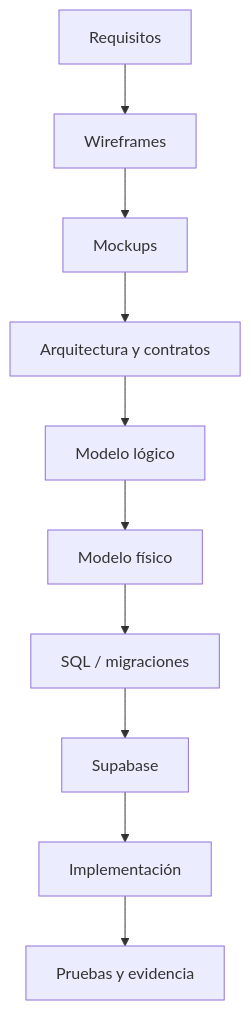
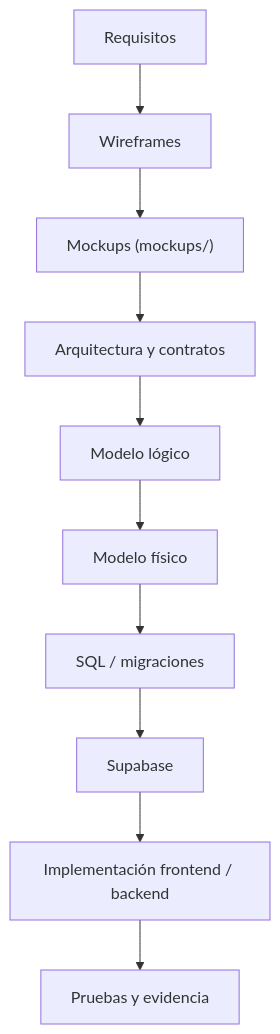
One commit to Taller-SW-Web/G6-Productos-Ofertas-docs changed the sixth of 6 diagrams in README.md. Above: the diagram before and after it, drawn with Mermaid. The commit also changed other lines of this file and 2 other files, not shown here.

Commit message:
docs(mockups): saneamiento documental final de README raiz, coherencia UXD y refinamiento terminologico

````diff
--- a/README.md
+++ b/README.md
@@ -392,12 +401,12 @@
 ```mermaid
 flowchart TD
     A["Requisitos"] --> B["Wireframes"]
-    B --> C["Mockups"]
+    B --> C["Mockups (mockups/)"]
     C --> D["Arquitectura y contratos"]
     D --> E["Modelo lógico"]
     E --> F["Modelo físico"]
     F --> G["SQL / migraciones"]
     G --> H["Supabase"]
-    H --> I["Implementación"]
+    H --> I["Implementación frontend / backend"]
     I --> J["Pruebas y evidencia"]
 ```
````
